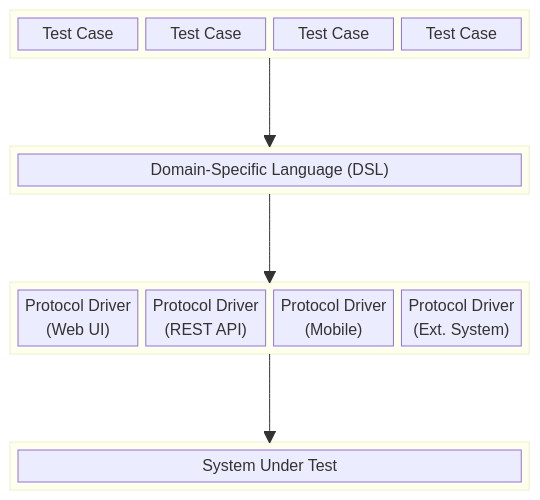
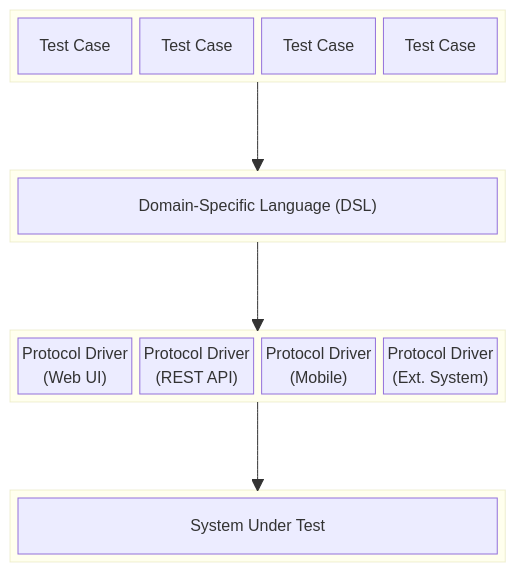
Before and after one commit to serenity-js/serenity-js.org: the first of 2 diagrams in src/pages/compare.mdx, drawn with Mermaid.

Commit message:
docs: center layers in Four-Layer Separation of Concerns diagram

````diff
--- a/src/pages/compare.mdx
+++ b/src/pages/compare.mdx
@@ -25,32 +25,32 @@
 ```mermaid
 block-beta
-    columns 4
+    columns 1
 
-    block:tests:4
+    block:tests
+        columns 4
         t1["Test Case"] t2["Test Case"] t3["Test Case"] t4["Test Case"]
     end
 
-    space:4
+    space
 
-    block:dsl:4
-        columns 1
+    block:dsl
         d1["Domain-Specific Language (DSL)"]
     end
 
-    space:4
+    space
 
-    block:drivers:4
+    block:drivers
+        columns 4
         dr1["Protocol Driver\n(Web UI)"] dr2["Protocol Driver\n(REST API)"] dr3["Protocol Driver\n(Mobile)"] dr4["Protocol Driver\n(Ext. System)"]
     end
 
-    space:4
+    space
 
-    block:sut:4
-        columns 1
+    block:sut
         s1["System Under Test"]
     end
 
     tests --> dsl
     dsl --> drivers
     drivers --> sut
 ```
````
